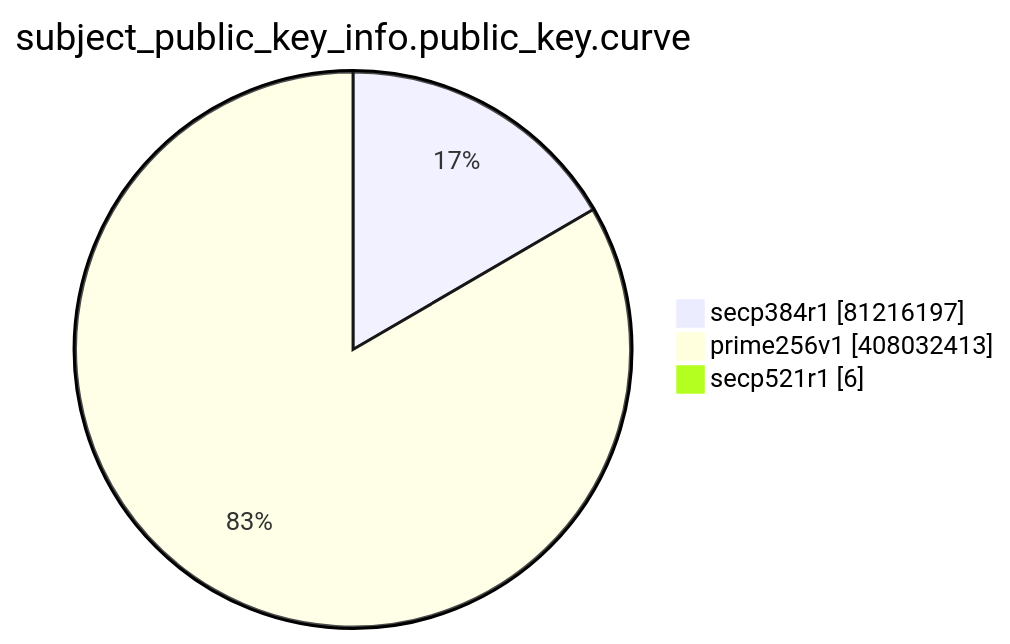
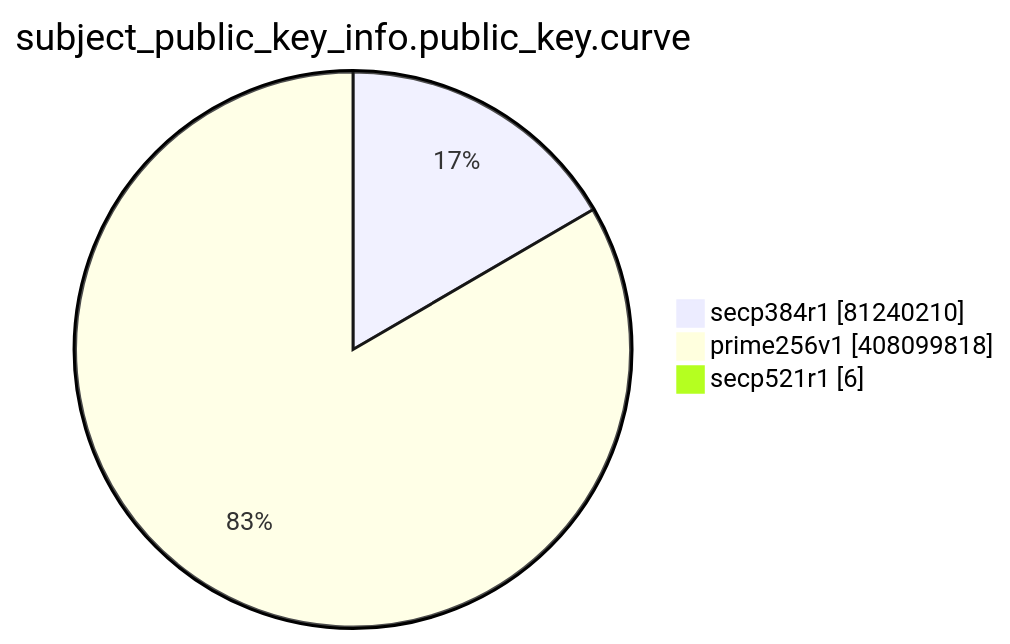
Before and after one commit to christiankrug/ctmonitor_visualization: the eighth of 15 diagrams in TOTAL/README.md, drawn with Mermaid. The commit also changed other lines of this file, not shown here.

````diff
--- a/TOTAL/README.md
+++ b/TOTAL/README.md
@@ -3096,7 +3096,7 @@
 ```mermaid
 pie showData
 title subject_public_key_info.public_key.curve
-"secp384r1" :81216197
-"prime256v1" :408032413
+"secp384r1" :81240210
+"prime256v1" :408099818
 "secp521r1" :6
 ```
````
